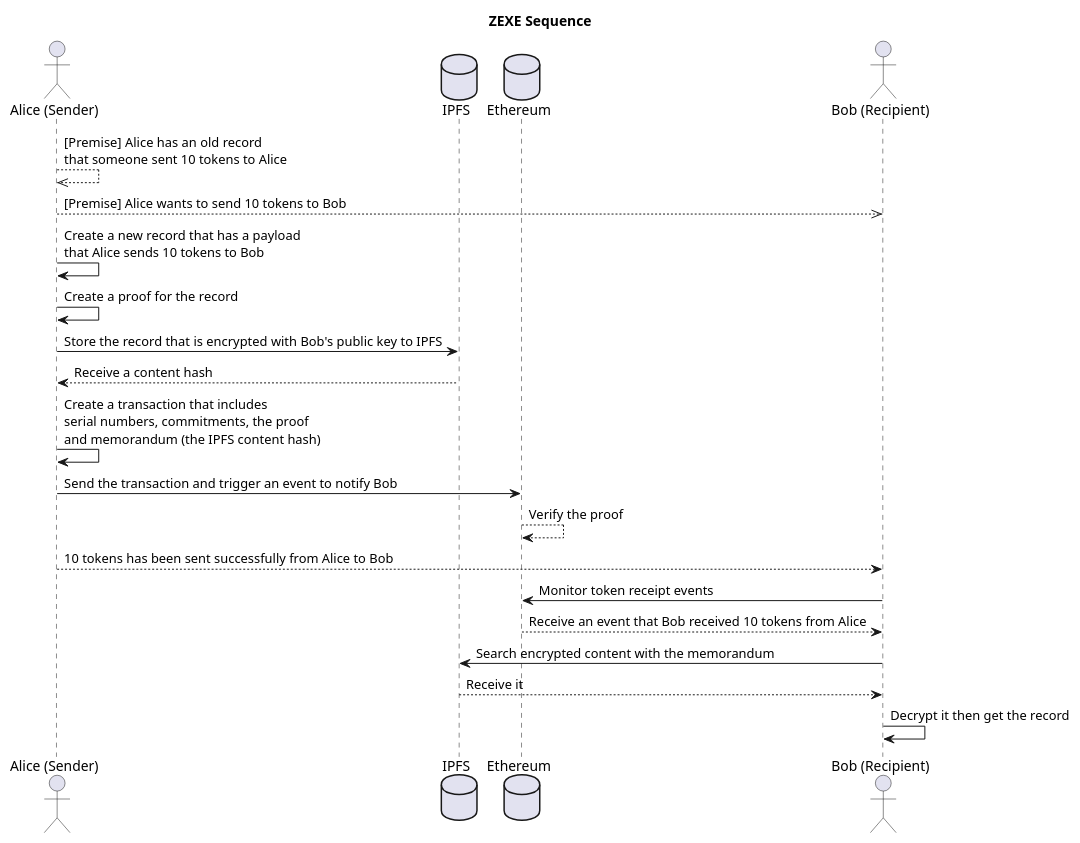
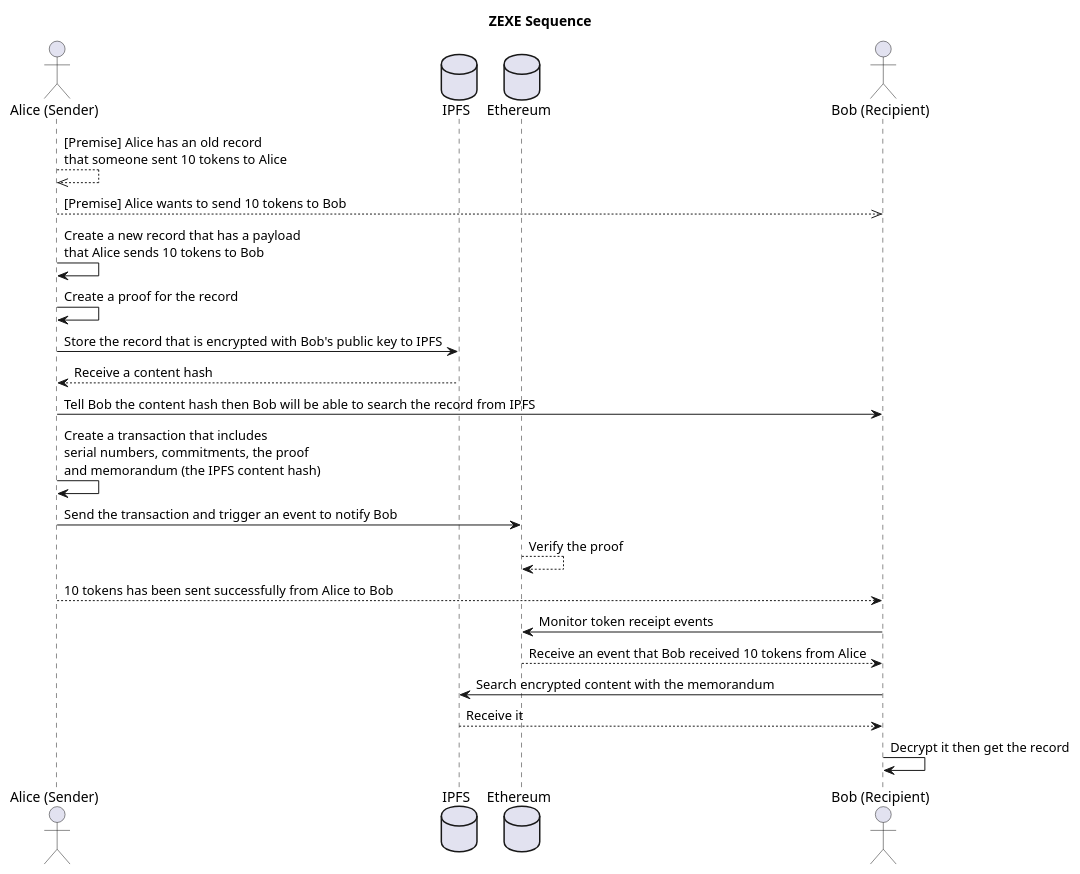
Before and after one commit to edcon-reiwa/zexe-ethereum: the diagram in docs/zexe_sequence.puml, drawn with PlantUML. The commit also changed 1 other file, not shown here.

Commit message:
Update sequence diagram

```diff
--- a/docs/zexe_sequence.puml
+++ b/docs/zexe_sequence.puml
@@ -1,24 +1,25 @@
 @startuml zexe_sequence
 title ZEXE Sequence
 actor "Alice (Sender)" as A
 database IPFS as I
 database Ethereum as E
 actor "Bob (Recipient)" as B
 
 A -->> A: [Premise] Alice has an old record\nthat someone sent 10 tokens to Alice
 A -->> B: [Premise] Alice wants to send 10 tokens to Bob
 A -> A: Create a new record that has a payload\nthat Alice sends 10 tokens to Bob
 A -> A: Create a proof for the record
 A -> I: Store the record that is encrypted with Bob's public key to IPFS
 A <-- I: Receive a content hash
+A -> B: Tell Bob the content hash then Bob will be able to search the record from IPFS
 A -> A: Create a transaction that includes\nserial numbers, commitments, the proof\nand memorandum (the IPFS content hash)
 A -> E: Send the transaction and trigger an event to notify Bob
 E --> E: Verify the proof
 A --> B: 10 tokens has been sent successfully from Alice to Bob
 E <- B: Monitor token receipt events
 E --> B: Receive an event that Bob received 10 tokens from Alice
 I <- B: Search encrypted content with the memorandum
 I --> B: Receive it
 B -> B: Decrypt it then get the record
 
 @enduml
```
